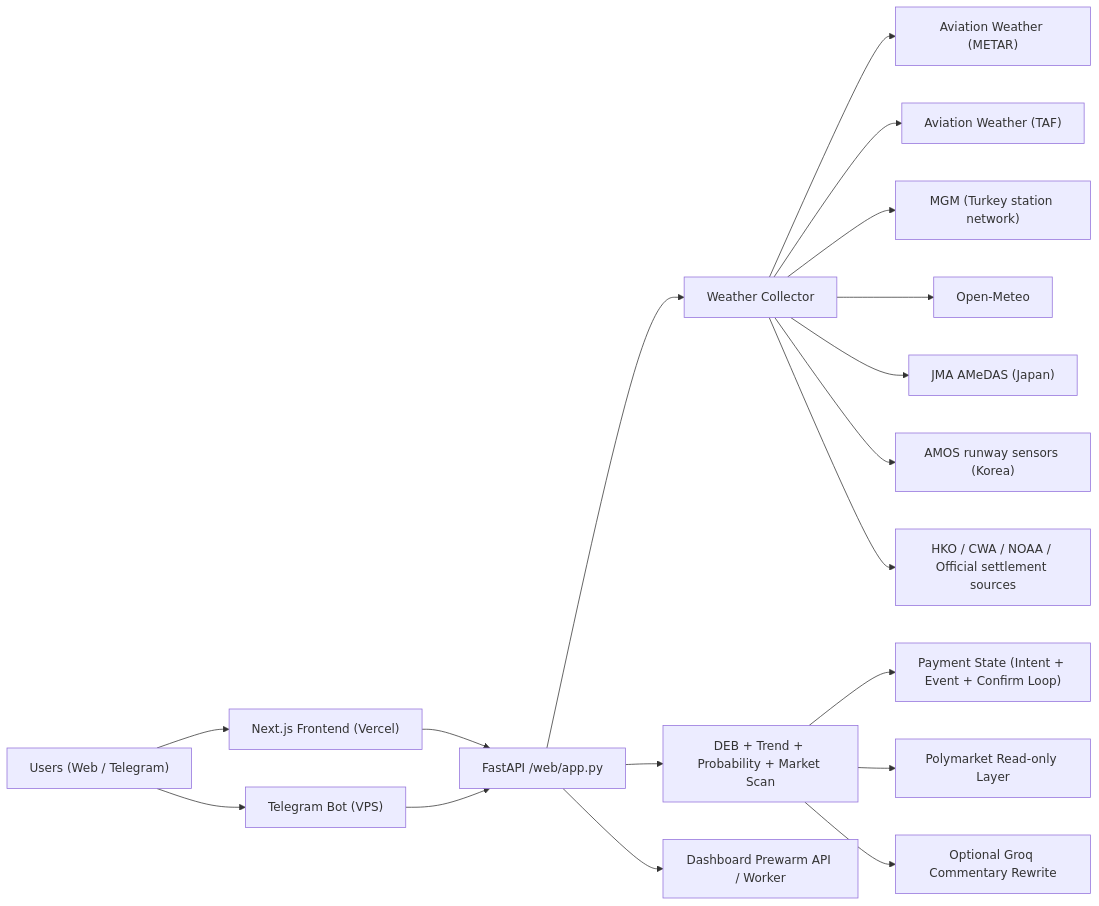
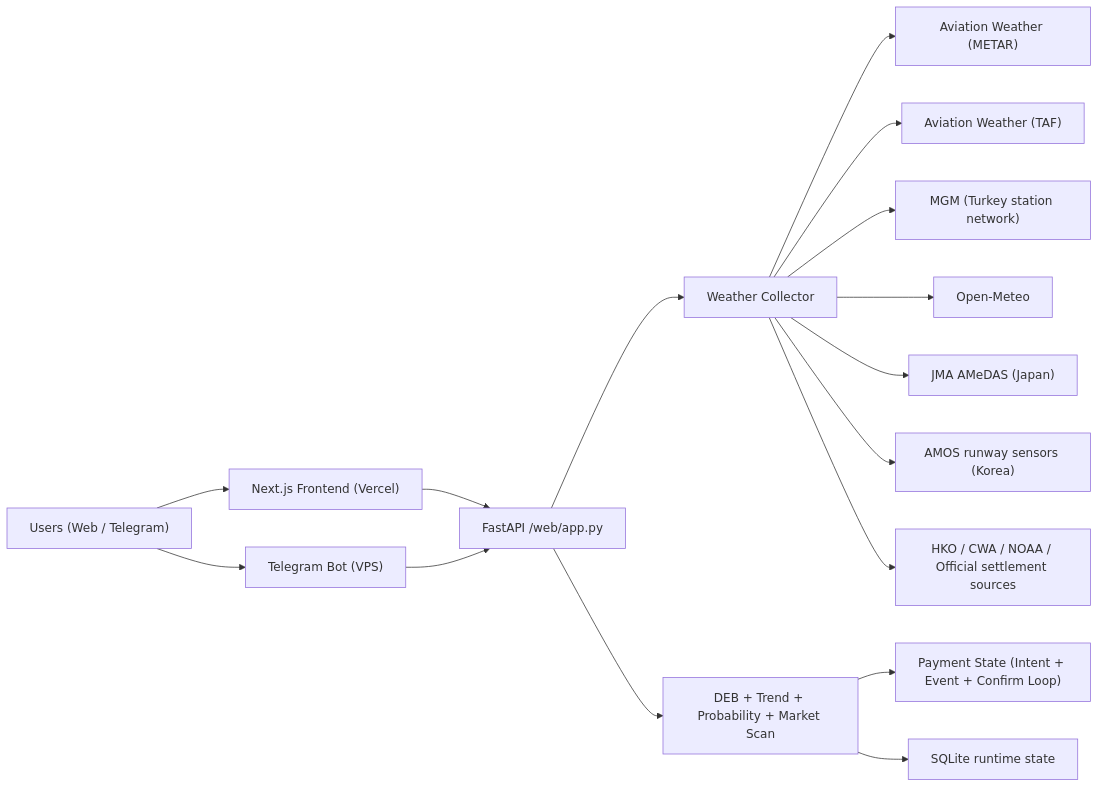
Before and after one commit to cteotu/PolyWeather: the diagram in README.md, drawn with Mermaid. The commit also changed other lines of this file and 13 other files, not shown here.

````diff
--- a/README.md
+++ b/README.md
@@ -81,22 +75,20 @@
 ```mermaid
 flowchart LR
     U["Users (Web / Telegram)"] --> FE["Next.js Frontend (Vercel)"]
     U --> BOT["Telegram Bot (VPS)"]
     FE --> API["FastAPI /web/app.py"]
     BOT --> API
 
     API --> WX["Weather Collector"]
     WX --> METAR["Aviation Weather (METAR)"]
     WX --> TAF["Aviation Weather (TAF)"]
     WX --> MGM["MGM (Turkey station network)"]
     WX --> OM["Open-Meteo"]
     WX --> JMA["JMA AMeDAS (Japan)"]
     WX --> AMOS["AMOS runway sensors (Korea)"]
     WX --> HKO["HKO / CWA / NOAA / Official settlement sources"]
 
     API --> ANA["DEB + Trend + Probability + Market Scan"]
     ANA --> PAY["Payment State (Intent + Event + Confirm Loop)"]
-    ANA --> PM["Polymarket Read-only Layer"]
-    ANA --> LLM["Optional Groq Commentary Rewrite"]
-    API --> PREWARM["Dashboard Prewarm API / Worker"]
+    ANA --> STATE["SQLite runtime state"]
 ```
````
